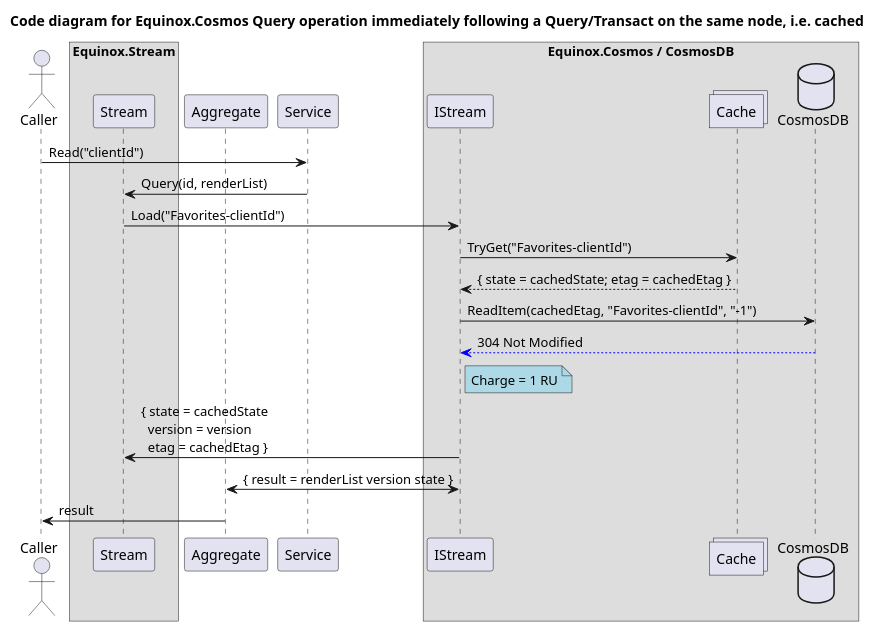
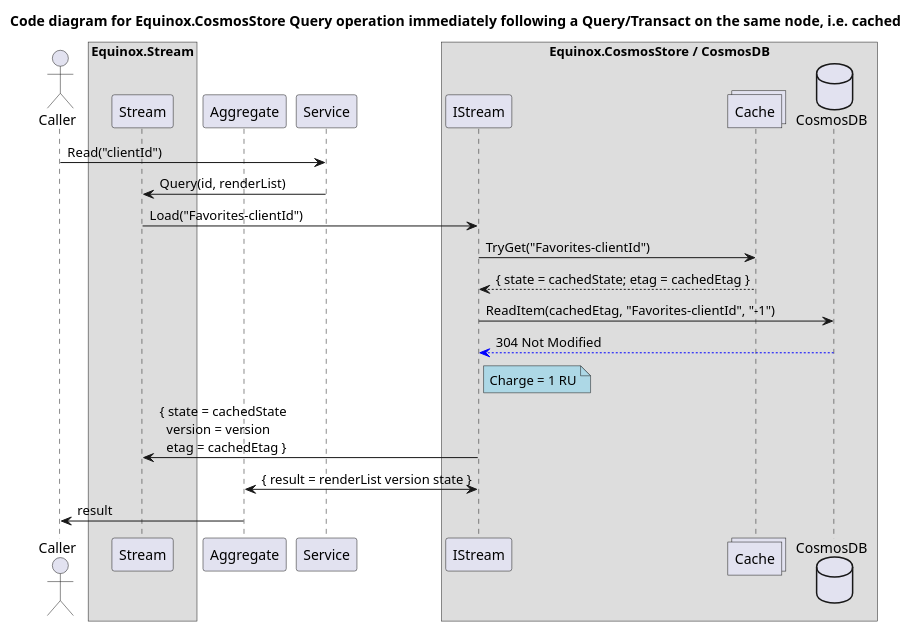
One commit to jet/equinox changed the third of 4 diagrams in diagrams/CosmosCode.puml. Above: the diagram before and after it, drawn with PlantUML. The commit also changed other lines of this file and 39 other files, not shown here.

Commit message:
Renamespace Equinox.Cosmos -> CosmosStore

```diff
--- a/diagrams/CosmosCode.puml
+++ b/diagrams/CosmosCode.puml
@@ -117,28 +117,28 @@
 @startuml
-title Code diagram for Equinox.Cosmos Query operation immediately following a Query/Transact on the same node, i.e. cached
+title Code diagram for Equinox.CosmosStore Query operation immediately following a Query/Transact on the same node, i.e. cached
 
 actor Caller order 20
 box "Equinox.Stream"
     participant Stream order 40
 end box
 participant Aggregate order 50
 participant Service order 60
-box "Equinox.Cosmos / CosmosDB"
+box "Equinox.CosmosStore / CosmosDB"
   participant IStream order 80
   collections Cache order 90
   database CosmosDB order 100
 end box
 
 Caller -> Service: Read("clientId")
 participant Aggregate
 Service -> Stream: Query(id, renderList)
 Stream -> IStream: Load("Favorites-clientId")
 IStream -> Cache: TryGet("Favorites-clientId")
 Cache --> IStream: { state = cachedState; etag = cachedEtag }
 IStream -> CosmosDB: ReadItem(cachedEtag, "Favorites-clientId", "-1")
 CosmosDB -[#blue]->  IStream: 304 Not Modified
 note right IStream #lightblue: Charge = 1 RU
 IStream -> Stream: { state = cachedState\n  version = version\n  etag = cachedEtag }
 Aggregate <-> IStream: { result = renderList version state }
 Aggregate -> Caller: result
 @enduml
```
